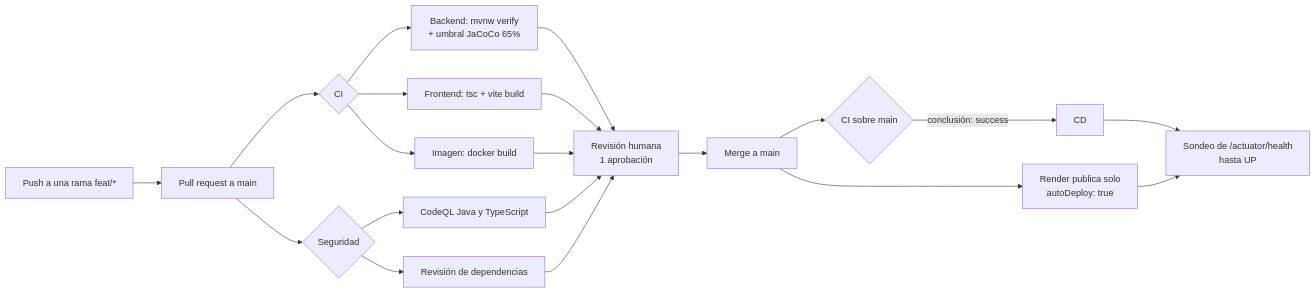
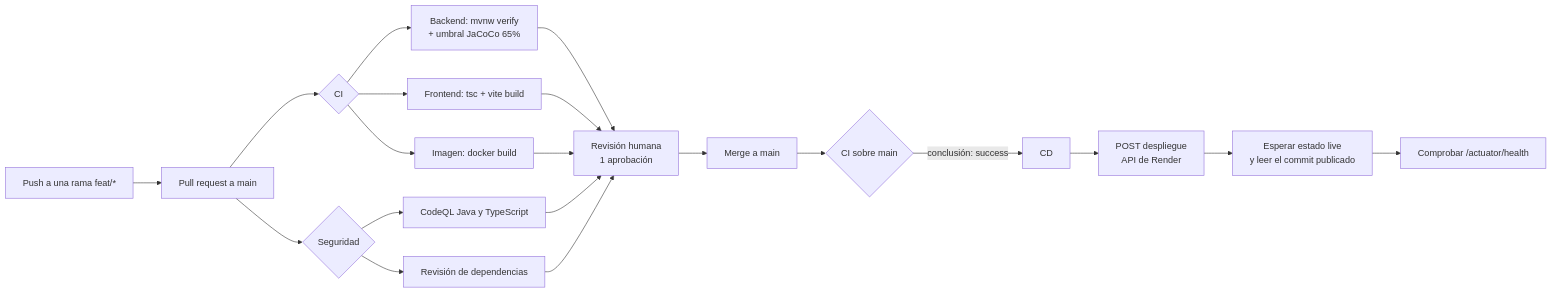
Before and after one commit to Dilan-Holguin/ReservasServicios: the diagram in docs/ci-cd.md, drawn with Mermaid. The commit also changed other lines of this file and 3 other files, not shown here.

First line of the commit message:
ci(cd): deploy through the Render API and verify the deploy reaches live

````diff
--- a/docs/ci-cd.md
+++ b/docs/ci-cd.md
@@ -10,22 +10,22 @@
 ```mermaid
 flowchart LR
     A[Push a una rama feat/*] --> B[Pull request a main]
     B --> C{CI}
     C --> C1[Backend: mvnw verify<br/>+ umbral JaCoCo 65%]
     C --> C2[Frontend: tsc + vite build]
     C --> C3[Imagen: docker build]
     B --> S{Seguridad}
     S --> S1[CodeQL Java y TypeScript]
     S --> S2[Revisión de dependencias]
     C1 --> D[Revisión humana<br/>1 aprobación]
     C2 --> D
     C3 --> D
     S1 --> D
     S2 --> D
     D --> E[Merge a main]
-    E --> R[Render publica solo<br/>autoDeploy: true]
     E --> F{CI sobre main}
     F -->|conclusión: success| G[CD]
-    G --> I[Sondeo de /actuator/health<br/>hasta UP]
-    R --> I
+    G --> G1[POST despliegue<br/>API de Render]
+    G1 --> G2[Esperar estado live<br/>y leer el commit publicado]
+    G2 --> I[Comprobar /actuator/health]
 ```
````
